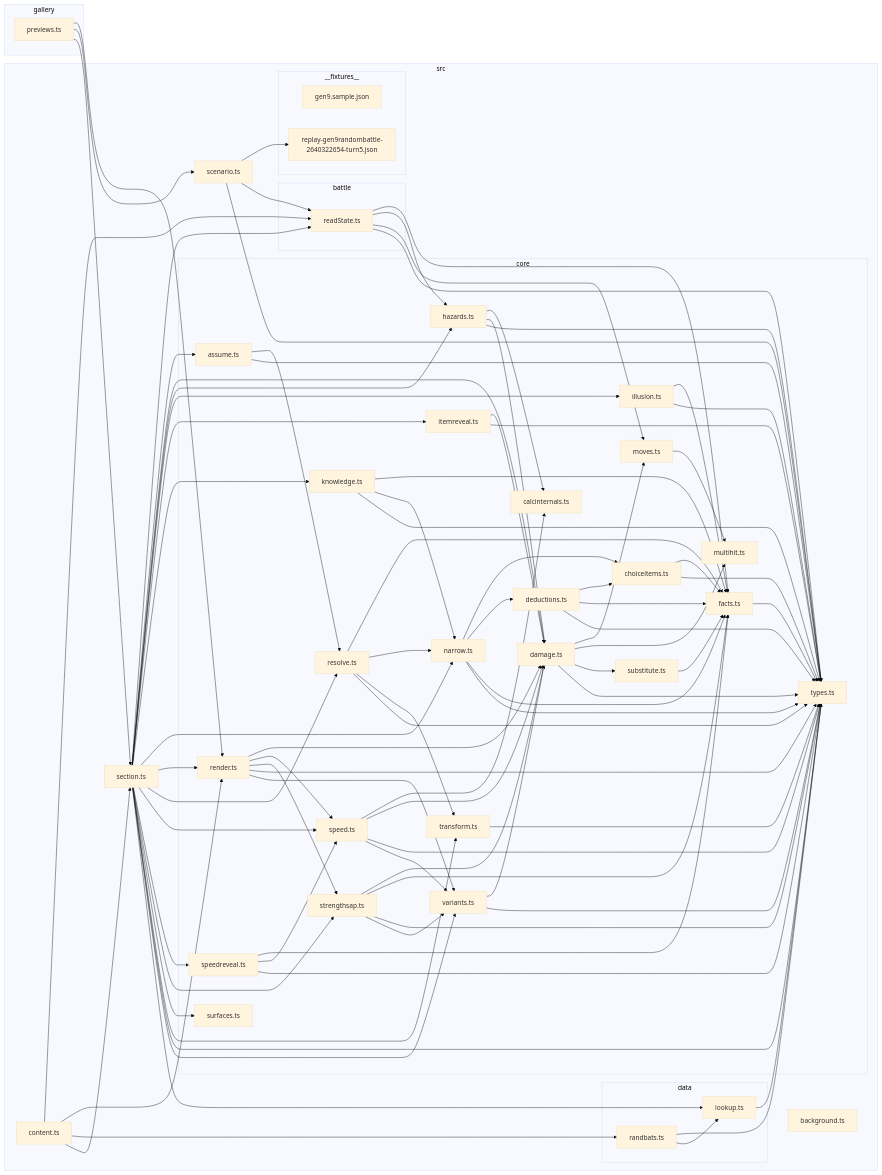
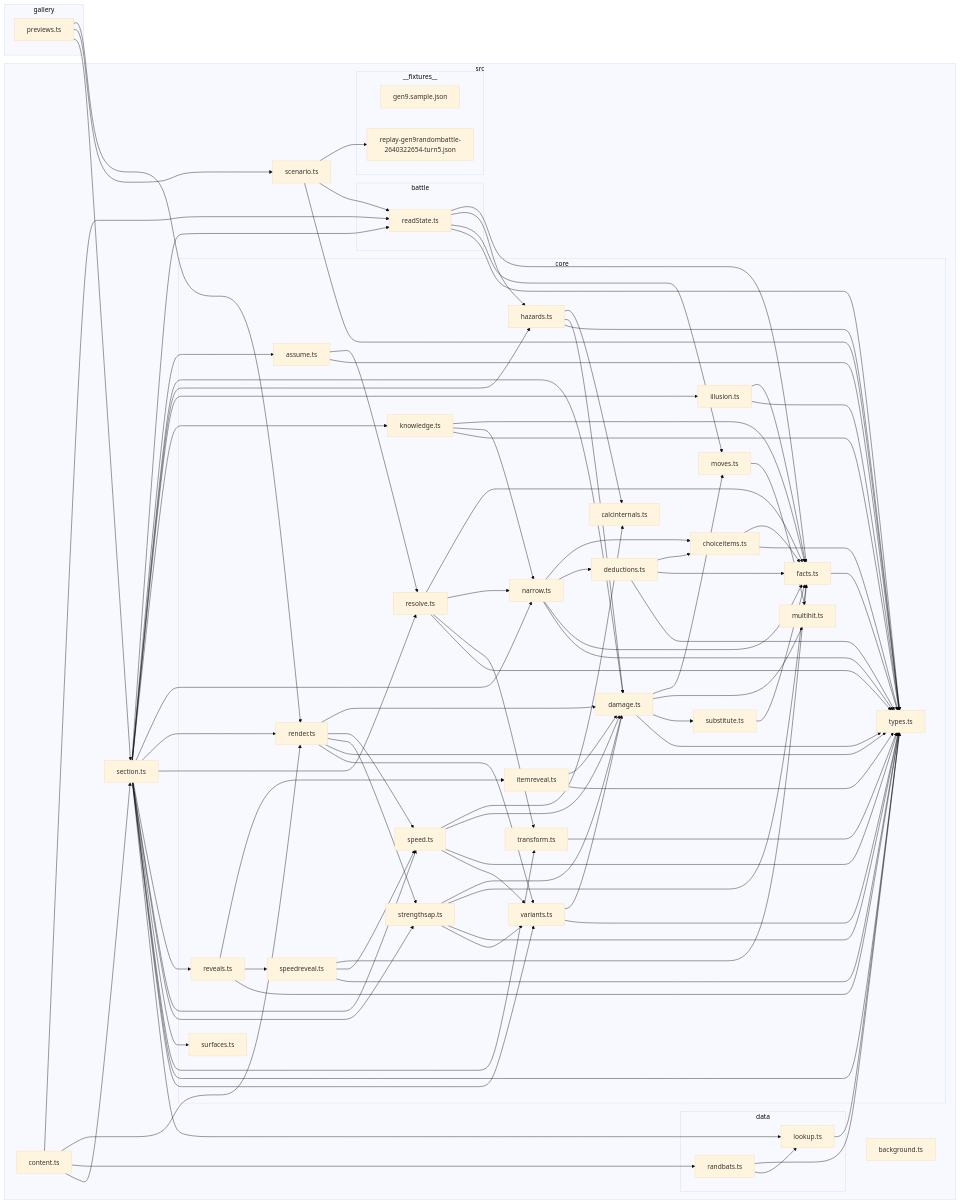
The diagram in docs/architecture-graph.md (seanaujong/hi-chu), drawn with Mermaid (base theme) before and after one commit. The commit also changed other lines of this file and 5 other files, not shown here.

````diff
--- a/docs/architecture-graph.md
+++ b/docs/architecture-graph.md
@@ -40,26 +40,27 @@
 Q["deductions.ts"]
 R["transform.ts"]
 S["illusion.ts"]
-T["itemreveal.ts"]
-U["knowledge.ts"]
-V["speedreveal.ts"]
-W["surfaces.ts"]
+T["knowledge.ts"]
+U["reveals.ts"]
+V["itemreveal.ts"]
+W["speedreveal.ts"]
+X["surfaces.ts"]
 end
 F["scenario.ts"]
 subgraph G["__fixtures__"]
 H["replay-gen9randombattle-2640322654-turn5.json"]
-12["gen9.sample.json"]
+13["gen9.sample.json"]
 end
 subgraph I["battle"]
 J["readState.ts"]
 end
 L["section.ts"]
-subgraph X["data"]
-Y["lookup.ts"]
-11["randbats.ts"]
+subgraph Y["data"]
+Z["lookup.ts"]
+12["randbats.ts"]
 end
-Z["background.ts"]
-10["content.ts"]
+10["background.ts"]
+11["content.ts"]
 end
 1-->4
 1-->F
@@ -102,18 +103,17 @@
 L-->K
 L-->S
 L-->T
-L-->U
 L-->O
 L-->4
 L-->N
+L-->U
 L-->B
-L-->V
 L-->E
-L-->W
+L-->X
 L-->R
 L-->A
 L-->D
-L-->Y
+L-->Z
 M-->N
 M-->A
 N-->9
@@ -132,19 +132,22 @@
 R-->A
 S-->9
 S-->A
-T-->5
+T-->9
+T-->O
 T-->A
-U-->9
-U-->O
+U-->V
+U-->W
 U-->A
-V-->9
-V-->B
+V-->5
 V-->A
-Y-->A
-10-->J
-10-->4
-10-->11
-10-->L
-11-->A
-11-->Y
+W-->9
+W-->B
+W-->A
+Z-->A
+11-->J
+11-->4
+11-->12
+11-->L
+12-->A
+12-->Z
 ```
````
